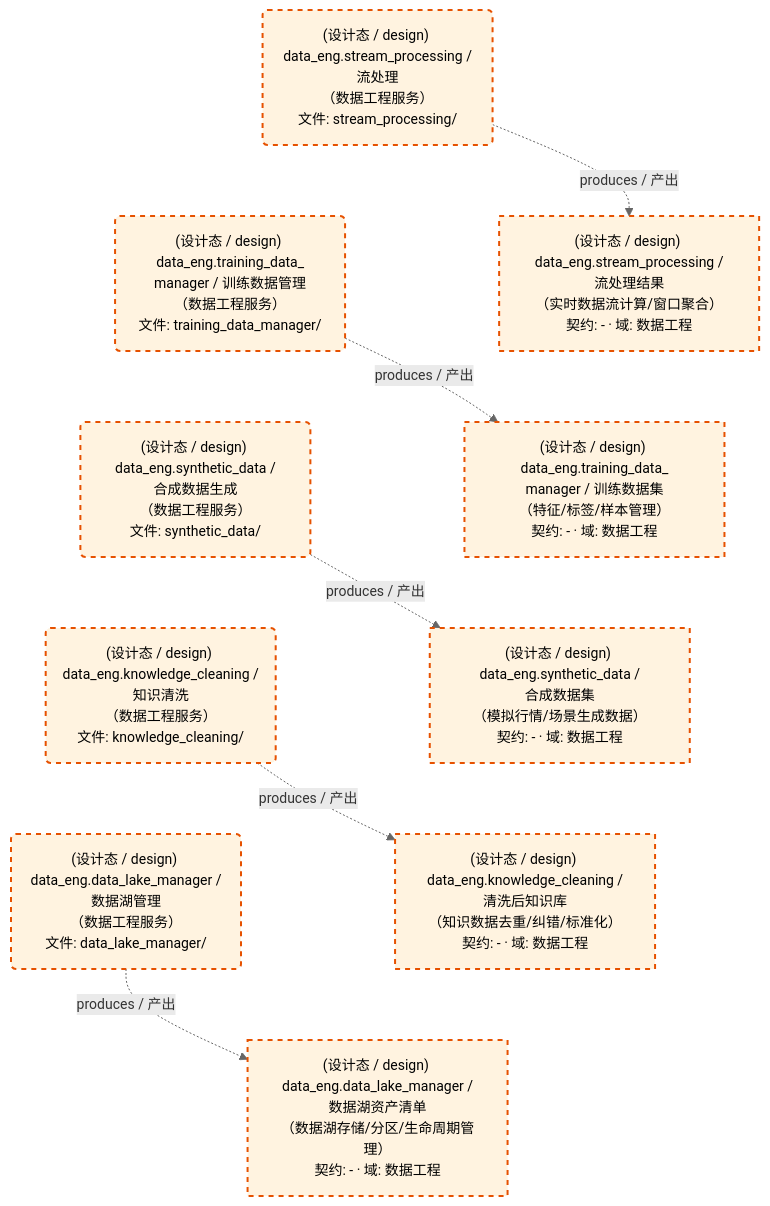
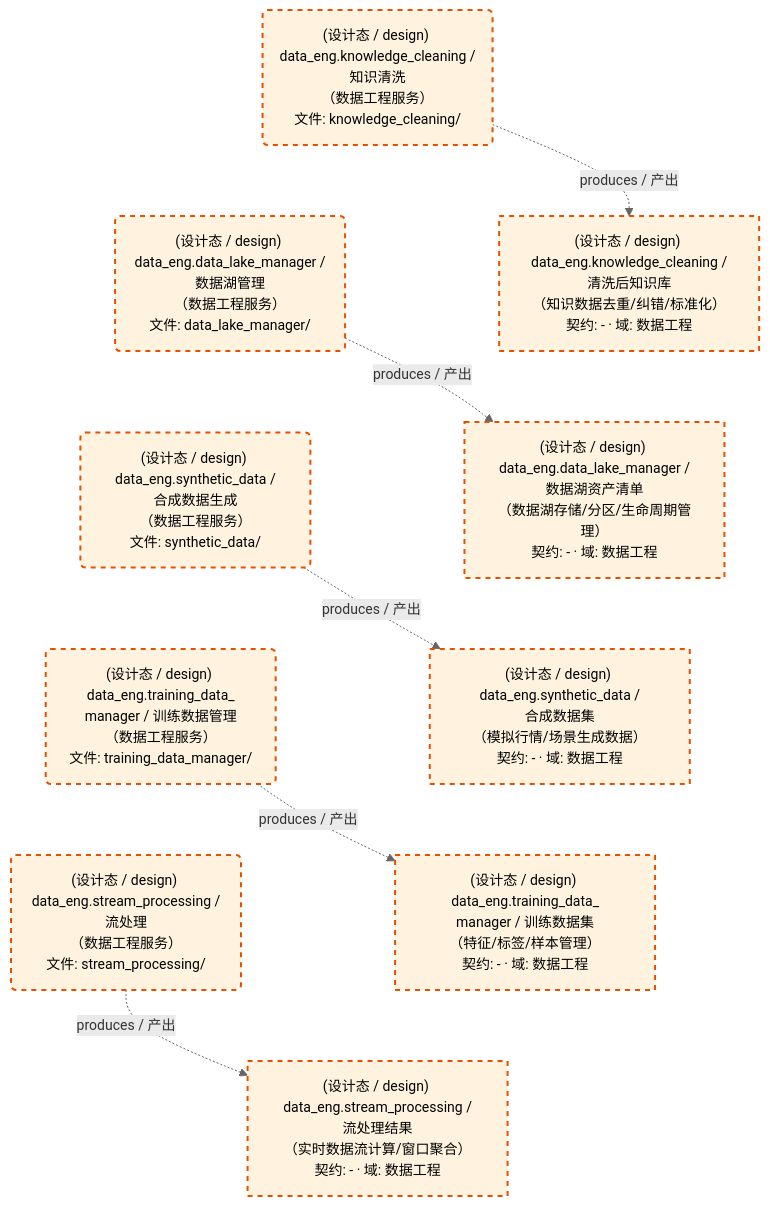
Before and after one commit to xuanFelixVan/ZephyrAlpha: the first of 2 diagrams in docs/02_enterprise_architecture/05_dataflow_architecture/d_data_eng.md, drawn with Mermaid. The commit also changed other lines of this file and 106 other files, not shown here.

````diff
--- a/docs/02_enterprise_architecture/05_dataflow_architecture/d_data_eng.md
+++ b/docs/02_enterprise_architecture/05_dataflow_architecture/d_data_eng.md
@@ -49,32 +49,32 @@
 ```mermaid
 %%{init: {'theme': 'base', 'themeVariables': {'primaryColor': '#eaeaea', 'primaryTextColor': '#333333', 'primaryBorderColor': '#666666', 'lineColor': '#666666', 'secondaryColor': '#eaeaea', 'tertiaryColor': '#eaeaea', 'clusterBkg': 'transparent', 'clusterBorder': 'transparent', 'fontSize': '14px'}}}%%
 flowchart TD
     DS11258["(设计态 / design) data_eng.data_lake_manager /<br/>数据湖资产清单<br/>（数据湖存储/分区/生命周期管理）<br/>契约: - · 域: 数据工程"]
     DS11259["(设计态 / design) data_eng.knowledge_cleaning /<br/>清洗后知识库<br/>（知识数据去重/纠错/标准化）<br/>契约: - · 域: 数据工程"]
     DS11260["(设计态 / design) data_eng.stream_processing /<br/>流处理结果<br/>（实时数据流计算/窗口聚合）<br/>契约: - · 域: 数据工程"]
     DS11261["(设计态 / design) data_eng.synthetic_data /<br/>合成数据集<br/>（模拟行情/场景生成数据）<br/>契约: - · 域: 数据工程"]
     DS11262["(设计态 / design) data_eng.training_data_<br/>manager / 训练数据集<br/>（特征/标签/样本管理）<br/>契约: - · 域: 数据工程"]
     JOB757622("(设计态 / design) data_eng.data_lake_manager /<br/>数据湖管理<br/>（数据工程服务）<br/>文件: data_lake_manager/")
     JOB757623("(设计态 / design) data_eng.knowledge_cleaning /<br/>知识清洗<br/>（数据工程服务）<br/>文件: knowledge_cleaning/")
     JOB757624("(设计态 / design) data_eng.stream_processing /<br/>流处理<br/>（数据工程服务）<br/>文件: stream_processing/")
     JOB757625("(设计态 / design) data_eng.synthetic_data /<br/>合成数据生成<br/>（数据工程服务）<br/>文件: synthetic_data/")
     JOB757626("(设计态 / design) data_eng.training_data_<br/>manager / 训练数据管理<br/>（数据工程服务）<br/>文件: training_data_manager/")
     JOB757622 -.->|produces / 产出| DS11258
     JOB757623 -.->|produces / 产出| DS11259
     JOB757624 -.->|produces / 产出| DS11260
     JOB757625 -.->|produces / 产出| DS11261
     JOB757626 -.->|produces / 产出| DS11262
-    JOB757624 ~~~ JOB757626
-    JOB757626 ~~~ JOB757625
-    JOB757625 ~~~ JOB757623
     JOB757623 ~~~ JOB757622
-    DS11260 ~~~ DS11262
-    DS11262 ~~~ DS11261
-    DS11261 ~~~ DS11259
+    JOB757622 ~~~ JOB757625
+    JOB757625 ~~~ JOB757626
+    JOB757626 ~~~ JOB757624
     DS11259 ~~~ DS11258
+    DS11258 ~~~ DS11261
+    DS11261 ~~~ DS11262
+    DS11262 ~~~ DS11260
     classDef production fill:#e1f5fe,stroke:#01579b,stroke-width:2px,color:#000
     classDef design fill:#fff3e0,stroke:#e65100,stroke-width:2px,color:#000,stroke-dasharray: 5 5
     classDef external_prod fill:#e8f4fd,stroke:#0277bd,stroke-width:1px,color:#000
     classDef external_design fill:#fff8e7,stroke:#ef6c00,stroke-width:1px,color:#000,stroke-dasharray: 5 5
     class DS11258,DS11259,DS11260,DS11261,DS11262,JOB757622,JOB757623,JOB757624,JOB757625,JOB757626 design
 ```
````
